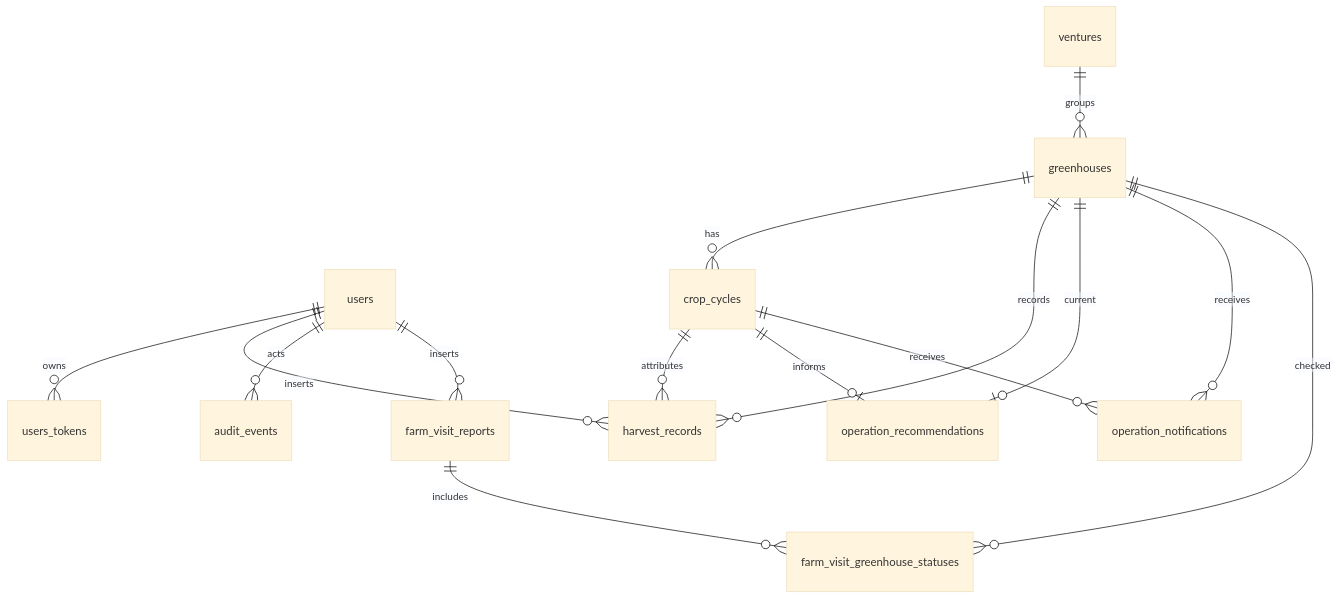
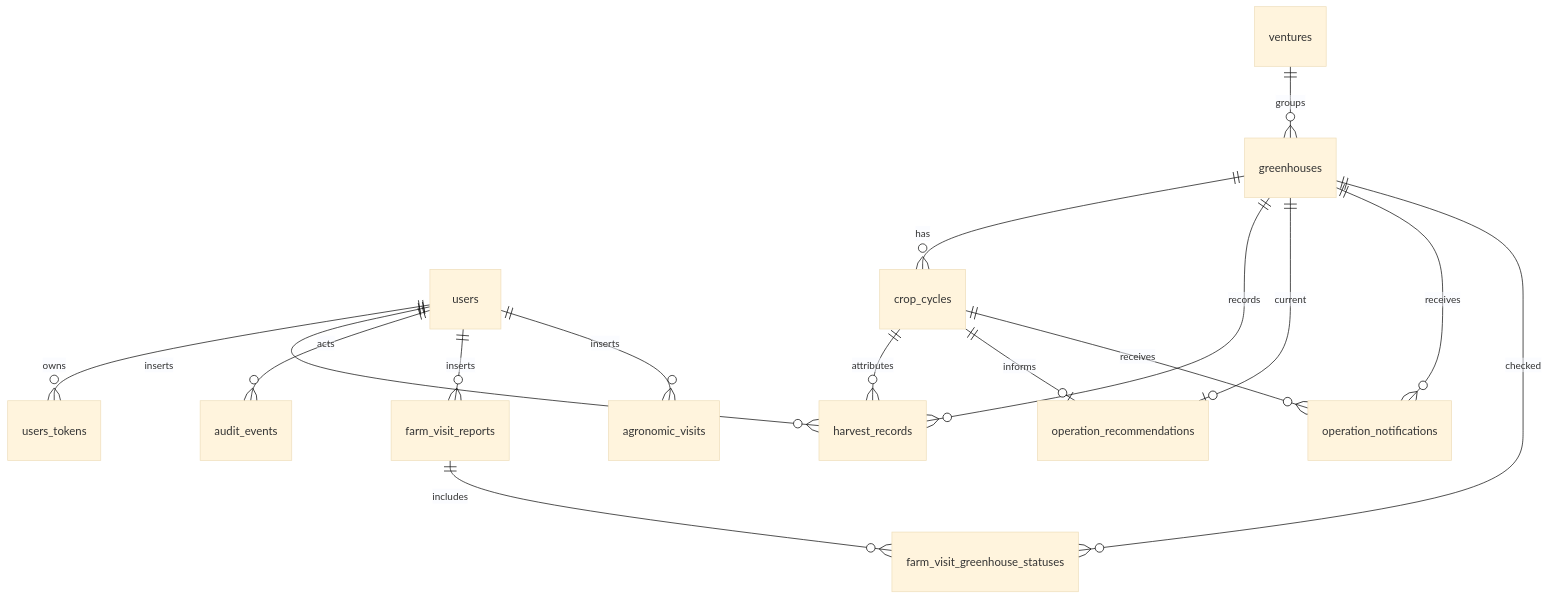
The diagram in docs/DATA_MODEL.md (MICHAELMUNAVU83/chasing_sun), drawn with Mermaid (base theme) before and after one commit. The commit also changed other lines of this file and 14 other files, not shown here.

````diff
--- a/docs/DATA_MODEL.md
+++ b/docs/DATA_MODEL.md
@@ -5,17 +5,18 @@
 ```mermaid
 erDiagram
   users ||--o{ users_tokens : owns
   users ||--o{ harvest_records : inserts
   users ||--o{ audit_events : acts
   users ||--o{ farm_visit_reports : inserts
+  users ||--o{ agronomic_visits : inserts
   ventures ||--o{ greenhouses : groups
   greenhouses ||--o{ crop_cycles : has
   greenhouses ||--o{ harvest_records : records
   crop_cycles ||--o{ harvest_records : attributes
   greenhouses ||--o| operation_recommendations : current
   crop_cycles ||--o| operation_recommendations : informs
   greenhouses ||--o{ operation_notifications : receives
   crop_cycles ||--o{ operation_notifications : receives
   farm_visit_reports ||--o{ farm_visit_greenhouse_statuses : includes
   greenhouses ||--o{ farm_visit_greenhouse_statuses : checked
 ```
````
